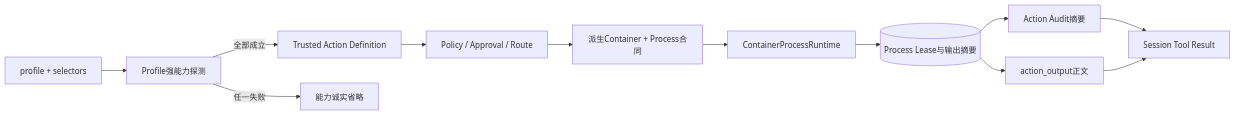
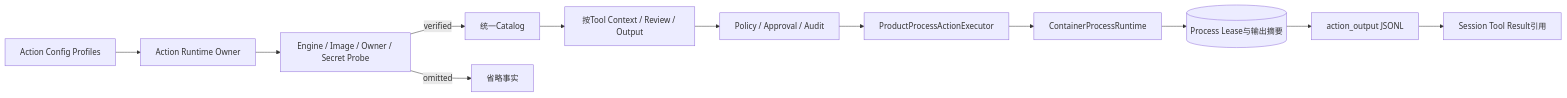
Diagram 19 of 19 in docs/modules/product-config.md (carrie1988/Harnessix), drawn with Mermaid before and after one commit. The commit also changed other lines of this file and 25 other files, not shown here.

````diff
--- a/docs/modules/product-config.md
+++ b/docs/modules/product-config.md
@@ -1721,14 +1735,14 @@
 ```mermaid
 flowchart LR
-    Input[profile + selectors] --> Probe[Profile强能力探测]
-    Probe -->|全部成立| Definition[Trusted Action Definition]
-    Probe -->|任一失败| Omitted[能力诚实省略]
-    Definition --> Route[Policy / Approval / Route]
-    Route --> Spec[派生Container + Process合同]
-    Spec --> Owner[ContainerProcessRuntime]
-    Owner --> Ledger[(Process Lease与输出摘要)]
-    Ledger --> Audit[Action Audit摘要]
-    Ledger --> Artifact[action_output正文]
-    Audit --> Result[Session Tool Result]
-    Artifact --> Result
+    Config[Action Config Profiles] --> Owner[Action Runtime Owner]
+    Owner --> Probe[Engine / Image / Owner / Secret Probe]
+    Probe -->|verified| Catalog[统一Catalog]
+    Probe -->|omitted| Report[省略事实]
+    Catalog --> Gateway[按Tool Context / Review / Output]
+    Gateway --> Router[Policy / Approval / Audit]
+    Router --> Executor[ProductProcessActionExecutor]
+    Executor --> Runtime[ContainerProcessRuntime]
+    Runtime --> Ledger[(Process Lease与输出摘要)]
+    Ledger --> Artifact[action_output JSONL]
+    Artifact --> Result[Session Tool Result引用]
 ```
````
